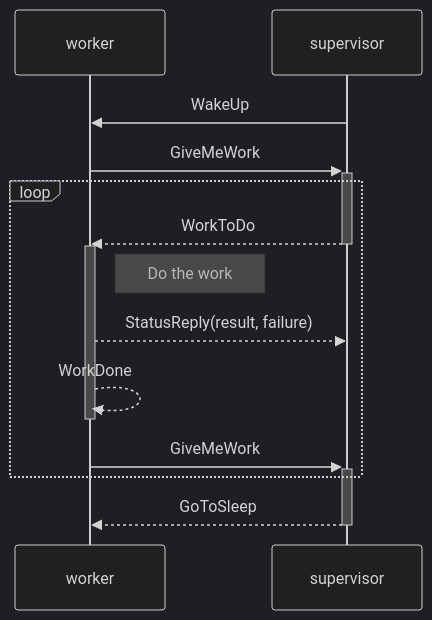
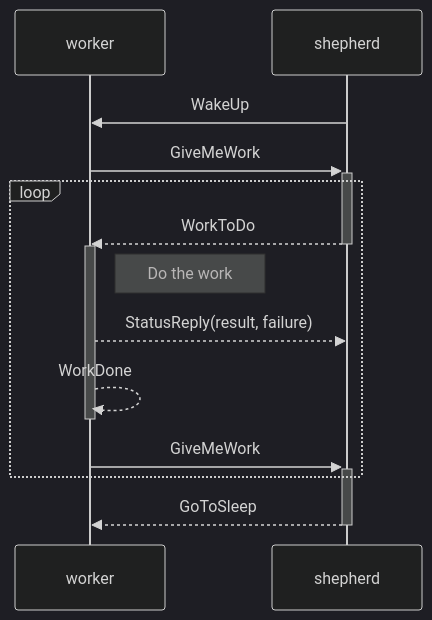
One commit to popiel/worker-pool changed the second of 7 diagrams in README.md. Above: the diagram before and after it, drawn with Mermaid (dark theme). The commit also changed other lines of this file, not shown here.

Commit message:
Rename supervisor to shepherd to highlight added responsibility

````diff
--- a/README.md
+++ b/README.md
@@ -53,15 +53,15 @@
 ```mermaid
 sequenceDiagram
   participant worker
-  supervisor ->> worker: WakeUp
-  worker ->>+ supervisor: GiveMeWork
+  shepherd ->> worker: WakeUp
+  worker ->>+ shepherd: GiveMeWork
 loop
-  supervisor -->>- worker: WorkToDo
+  shepherd -->>- worker: WorkToDo
   activate worker
   note right of worker: Do the work
-  worker -->> supervisor: StatusReply(result, failure)
+  worker -->> shepherd: StatusReply(result, failure)
   worker -->>- worker: WorkDone
-  worker ->>+ supervisor: GiveMeWork
+  worker ->>+ shepherd: GiveMeWork
 end
-  supervisor -->>- worker: GoToSleep
+  shepherd -->>- worker: GoToSleep
 ```
````
